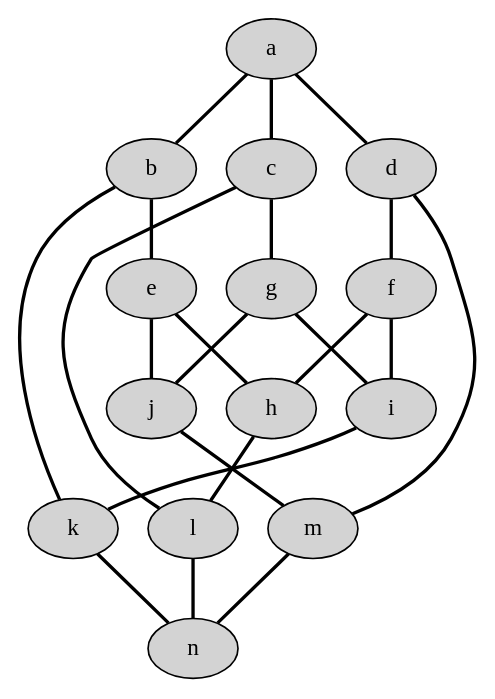
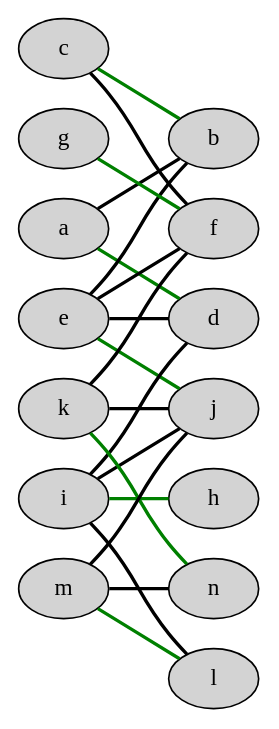
Before and after one commit to jaanos/optimizacijske-metode: the eighth of 8 diagrams in zapiski/2020/2020-04-10.md, drawn with Graphviz. The commit also changed other lines of this file, not shown here.

````diff
--- a/zapiski/2020/2020-04-10.md
+++ b/zapiski/2020/2020-04-10.md
@@ -54,28 +260,27 @@
 ```graphviz
-graph G3 {
+graph P4 {
+    rankdir=LR
     node [style=filled]
     edge [penwidth=2]
 
     a -- b
-    a -- c
-    a -- d
-    b -- e
-    d -- f
-    c -- g
-    e -- h
-    f -- h
-    f -- i
-    g -- i
-    e -- j
-    g -- j
-    b -- k
-    i -- k
-    c -- l
-    h -- l
-    d -- m
-    j -- m
-    k -- n
-    l -- n
+    a -- d [color=green]
+    c -- b [color=green]
+    c -- f
+    e -- b
+    e -- d
+    e -- f
+    e -- j [color=green]
+    g -- f [color=green]
+    i -- d
+    i -- h [color=green]
+    i -- j
+    i -- l
+    k -- f
+    k -- j
+    k -- n [color=green]
+    m -- j
+    m -- l [color=green]
     m -- n
 }
 ```
````
